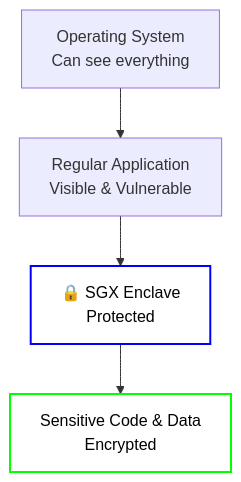
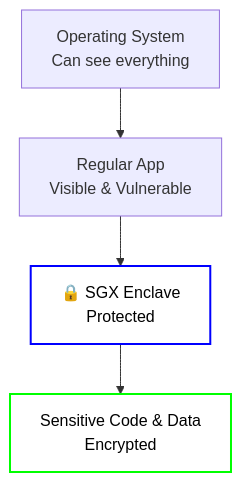
Before and after one commit to iExecBlockchainComputing/documentation: the first of 2 diagrams in src/protocol/tee/intel-sgx.md, drawn with Mermaid. The commit also changed other lines of this file and 39 other files, not shown here.

````diff
--- a/src/protocol/tee/intel-sgx.md
+++ b/src/protocol/tee/intel-sgx.md
@@ -42,12 +42,12 @@
 ```mermaid
 graph TB
     OS[Operating System<br/>Can see everything]
-    App[Regular Application<br/>Visible & Vulnerable]
+    App[Regular App<br/>Visible & Vulnerable]
     Enclave[🔒 SGX Enclave<br/>Protected]
     Data[Sensitive Code & Data<br/>Encrypted]
     OS --> App
     App --> Enclave
     Enclave --> Data
     style Enclave fill:#ffffff,stroke:#0000ff,stroke-width:2px,color:#000000
     style Data fill:#ffffff,stroke:#00ff00,stroke-width:2px,color:#000000
 ```
````
